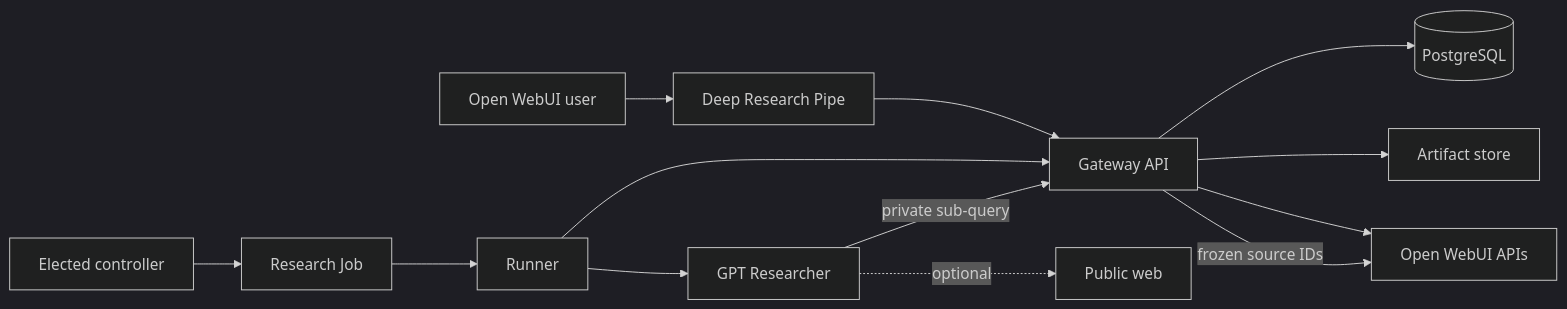
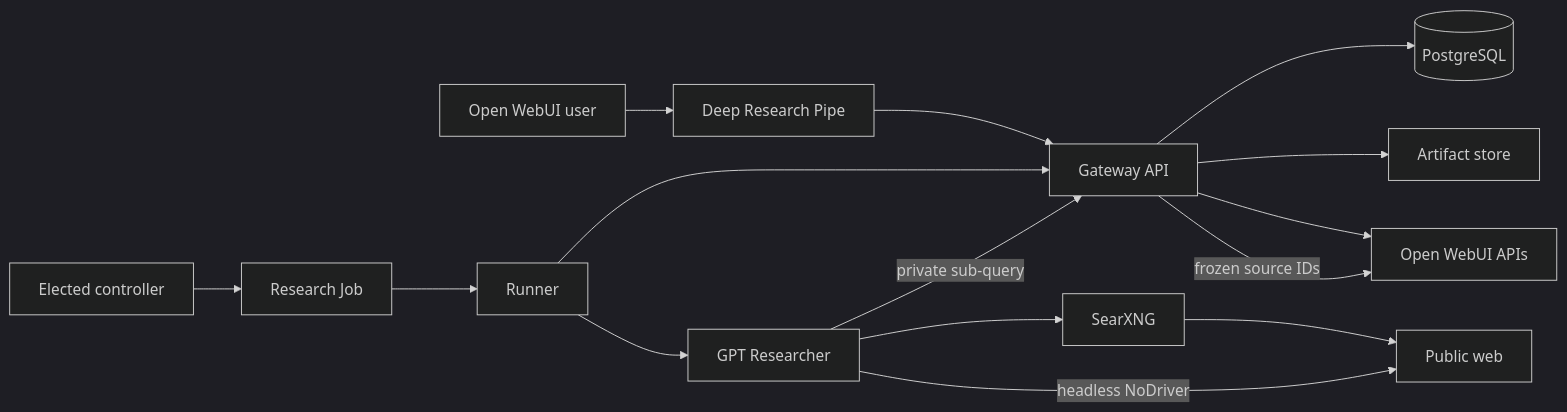
Before and after one commit to YevheniiSemendiak/open-webui-gpt-researcher: the diagram in README.md, drawn with Mermaid (dark theme). The commit also changed other lines of this file and 42 other files, not shown here.

````diff
--- a/README.md
+++ b/README.md
@@ -33,15 +41,17 @@
 ```mermaid
 flowchart LR
   U["Open WebUI user"] --> F["Deep Research Pipe"]
   F --> A["Gateway API"]
   A --> P[("PostgreSQL")]
   A --> S["Artifact store"]
   A --> O["Open WebUI APIs"]
   C["Elected controller"] --> K["Research Job"]
   K --> R["Runner"]
   R --> A
   R --> G["GPT Researcher"]
-  G -. "optional" .-> W["Public web"]
+  G --> Q["SearXNG"]
+  Q --> W["Public web"]
+  G -->|"headless NoDriver"| W
   G -->|"private sub-query"| A
   A -->|"frozen source IDs"| O
 ```
````
